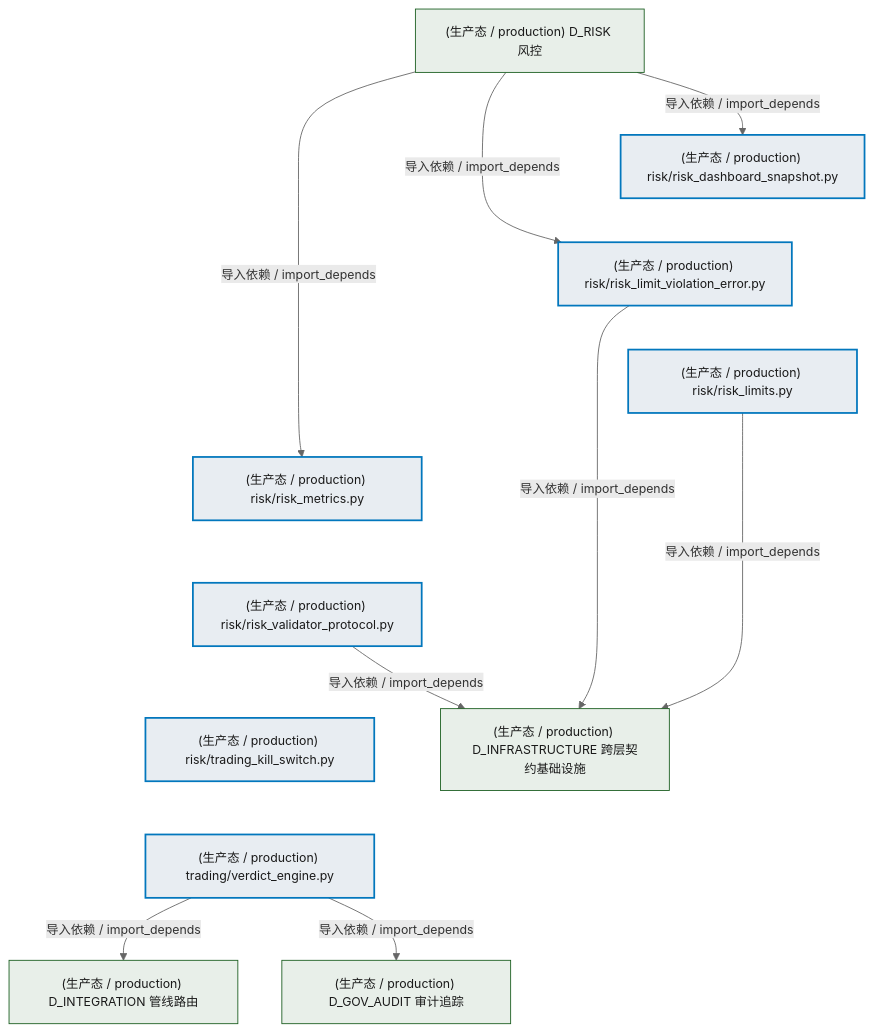
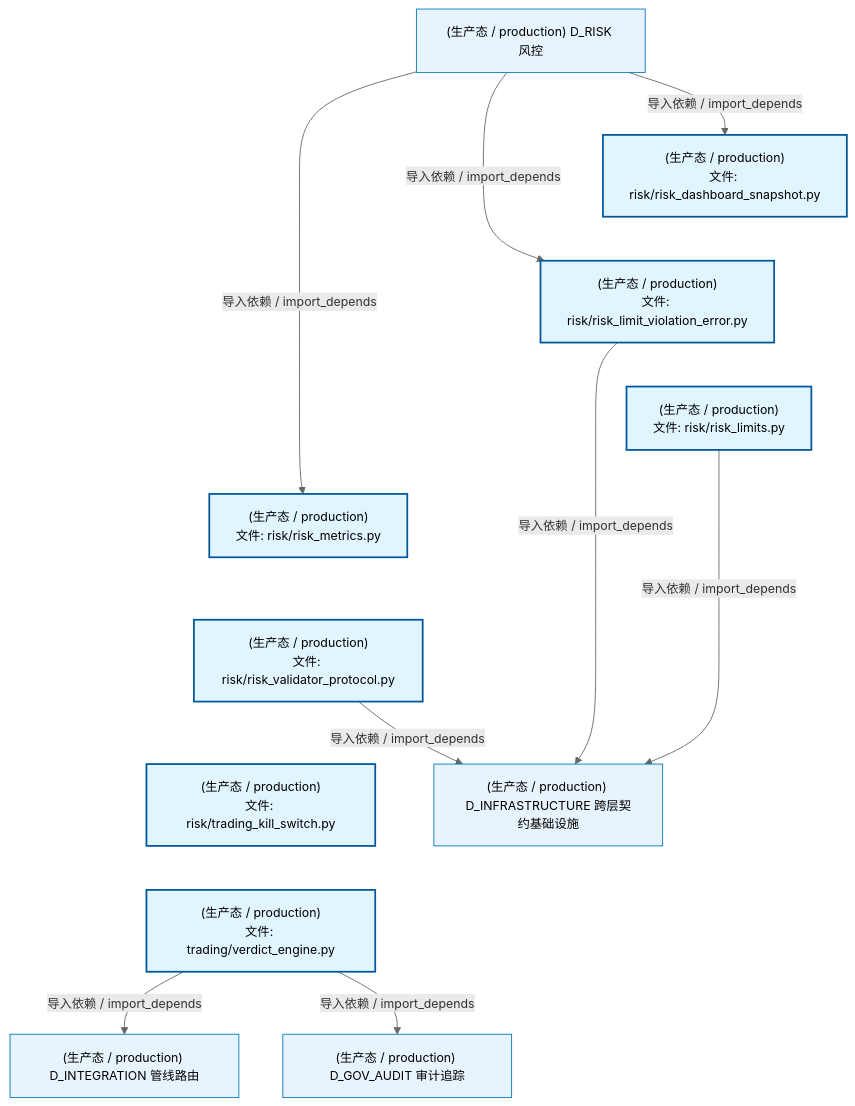
One commit to xuanFelixVan/ZephyrAlpha changed the second of 4 diagrams in docs/02_enterprise_architecture/02_domain_architecture_docs/72_d_trading.md. Above: the diagram before and after it, drawn with Mermaid. The commit also changed other lines of this file and 75 other files, not shown here.

````diff
--- a/docs/02_enterprise_architecture/02_domain_architecture_docs/72_d_trading.md
+++ b/docs/02_enterprise_architecture/02_domain_architecture_docs/72_d_trading.md
@@ -221,35 +221,35 @@
 ```mermaid
 %%{init: {'theme': 'base', 'themeVariables': {'primaryColor': '#eaeaea', 'primaryTextColor': '#333333', 'primaryBorderColor': '#666666', 'lineColor': '#666666', 'secondaryColor': '#eaeaea', 'tertiaryColor': '#eaeaea', 'fontSize': '14px'}}}%%
 flowchart TD
-    src_zephyr_trading_trading_contracts_risk_risk_dashboard_snapshot_py["(生产态 / production) risk/risk_dashboard_snapshot.py"]
-    src_zephyr_trading_trading_contracts_risk_risk_limit_violation_error_py["(生产态 / production) risk/risk_limit_violation_error.py"]
-    src_zephyr_trading_trading_contracts_risk_risk_limits_py["(生产态 / production) risk/risk_limits.py"]
-    src_zephyr_trading_trading_contracts_risk_risk_metrics_py["(生产态 / production) risk/risk_metrics.py"]
-    src_zephyr_trading_trading_contracts_risk_risk_validator_protocol_py["(生产态 / production) risk/risk_validator_protocol.py"]
-    src_zephyr_trading_trading_contracts_risk_trading_kill_switch_py["(生产态 / production) risk/trading_kill_switch.py"]
-    src_zephyr_trading_verdict_engine_py["(生产态 / production) trading/verdict_engine.py"]
+    src_zephyr_trading_trading_contracts_risk_risk_dashboard_snapshot_py["(生产态 / production)<br/>文件: risk/risk_dashboard_snapshot.py"]
+    src_zephyr_trading_trading_contracts_risk_risk_limit_violation_error_py["(生产态 / production)<br/>文件: risk/risk_limit_violation_error.py"]
+    src_zephyr_trading_trading_contracts_risk_risk_limits_py["(生产态 / production)<br/>文件: risk/risk_limits.py"]
+    src_zephyr_trading_trading_contracts_risk_risk_metrics_py["(生产态 / production)<br/>文件: risk/risk_metrics.py"]
+    src_zephyr_trading_trading_contracts_risk_risk_validator_protocol_py["(生产态 / production)<br/>文件: risk/risk_validator_protocol.py"]
+    src_zephyr_trading_trading_contracts_risk_trading_kill_switch_py["(生产态 / production)<br/>文件: risk/trading_kill_switch.py"]
+    src_zephyr_trading_verdict_engine_py["(生产态 / production)<br/>文件: trading/verdict_engine.py"]
     src_zephyr_trading_trading_contracts_risk_risk_dashboard_snapshot_py ~~~ src_zephyr_trading_trading_contracts_risk_risk_limit_violation_error_py
     src_zephyr_trading_trading_contracts_risk_risk_limit_violation_error_py ~~~ src_zephyr_trading_trading_contracts_risk_risk_limits_py
     src_zephyr_trading_trading_contracts_risk_risk_limits_py ~~~ src_zephyr_trading_trading_contracts_risk_risk_metrics_py
     src_zephyr_trading_trading_contracts_risk_risk_metrics_py ~~~ src_zephyr_trading_trading_contracts_risk_risk_validator_protocol_py
     src_zephyr_trading_trading_contracts_risk_risk_validator_protocol_py ~~~ src_zephyr_trading_trading_contracts_risk_trading_kill_switch_py
     src_zephyr_trading_trading_contracts_risk_trading_kill_switch_py ~~~ src_zephyr_trading_verdict_engine_py
     D_INFRASTRUCTURE["(生产态 / production) D_INFRASTRUCTURE 跨层契约基础设施"]
     src_zephyr_trading_trading_contracts_risk_risk_limits_py -->|导入依赖 / import_depends| D_INFRASTRUCTURE
     src_zephyr_trading_trading_contracts_risk_risk_limit_violation_error_py -->|导入依赖 / import_depends| D_INFRASTRUCTURE
     D_INTEGRATION["(生产态 / production) D_INTEGRATION 管线路由"]
     src_zephyr_trading_verdict_engine_py -->|导入依赖 / import_depends| D_INTEGRATION
     src_zephyr_trading_trading_contracts_risk_risk_validator_protocol_py -->|导入依赖 / import_depends| D_INFRASTRUCTURE
     D_GOV_AUDIT["(生产态 / production) D_GOV_AUDIT 审计追踪"]
     src_zephyr_trading_verdict_engine_py -->|导入依赖 / import_depends| D_GOV_AUDIT
     D_RISK["(生产态 / production) D_RISK 风控"]
     D_RISK -->|导入依赖 / import_depends| src_zephyr_trading_trading_contracts_risk_risk_limit_violation_error_py
     D_RISK -->|导入依赖 / import_depends| src_zephyr_trading_trading_contracts_risk_risk_dashboard_snapshot_py
     D_RISK -->|导入依赖 / import_depends| src_zephyr_trading_trading_contracts_risk_risk_metrics_py
-    classDef production fill:#e8edf2,stroke:#0277bd,stroke-width:2px,color:#1a1a1a
-    classDef design fill:#f0ebe3,stroke:#bf360c,stroke-width:2px,color:#1a1a1a,stroke-dasharray: 5 5
-    classDef external_prod fill:#e8efe9,stroke:#1b5e20,stroke-width:1px,color:#1a1a1a
-    classDef external_design fill:#efe5ea,stroke:#880e4f,stroke-width:1px,color:#1a1a1a,stroke-dasharray: 5 5
+    classDef production fill:#e1f5fe,stroke:#01579b,stroke-width:2px,color:#000
+    classDef design fill:#fff3e0,stroke:#e65100,stroke-width:2px,color:#000,stroke-dasharray: 5 5
+    classDef external_prod fill:#e8f4fd,stroke:#0277bd,stroke-width:1px,color:#000
+    classDef external_design fill:#fff8e7,stroke:#ef6c00,stroke-width:1px,color:#000,stroke-dasharray: 5 5
     class src_zephyr_trading_trading_contracts_risk_risk_dashboard_snapshot_py,src_zephyr_trading_trading_contracts_risk_risk_limit_violation_error_py,src_zephyr_trading_trading_contracts_risk_risk_limits_py,src_zephyr_trading_trading_contracts_risk_risk_metrics_py,src_zephyr_trading_trading_contracts_risk_risk_validator_protocol_py,src_zephyr_trading_trading_contracts_risk_trading_kill_switch_py,src_zephyr_trading_verdict_engine_py production
     class D_INFRASTRUCTURE,D_INTEGRATION,D_GOV_AUDIT,D_RISK external_prod
 ```
````
